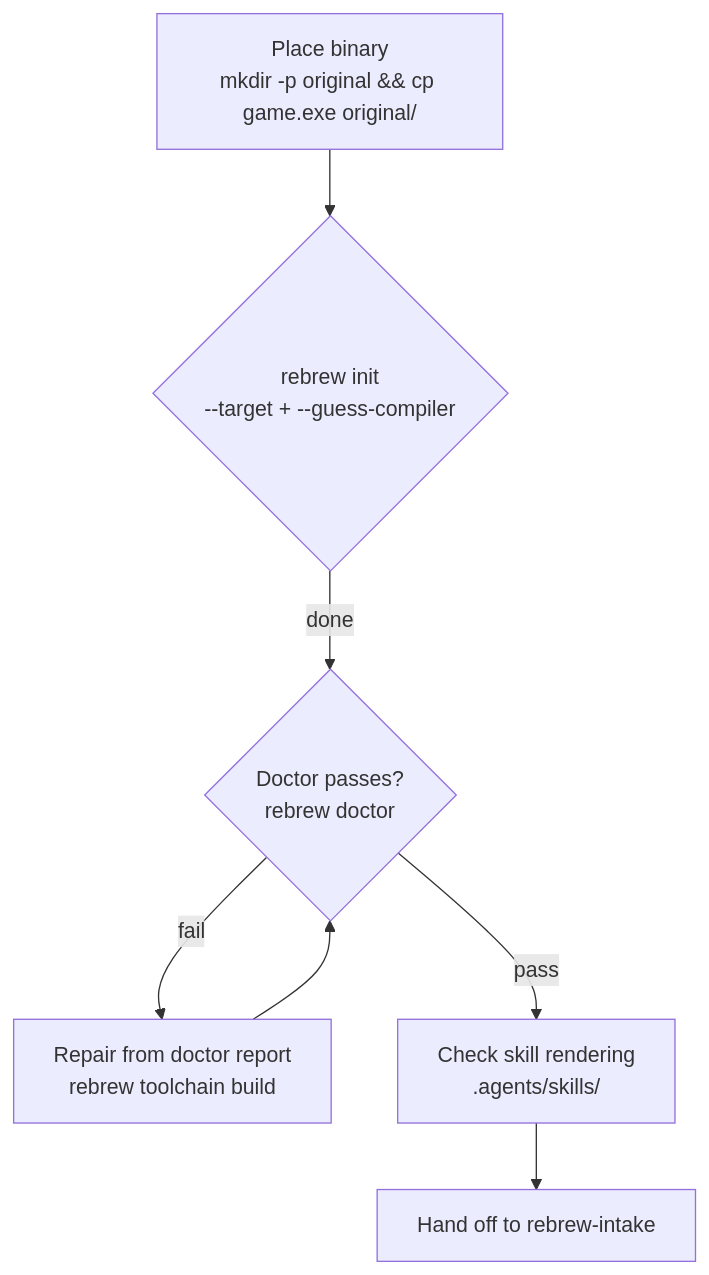
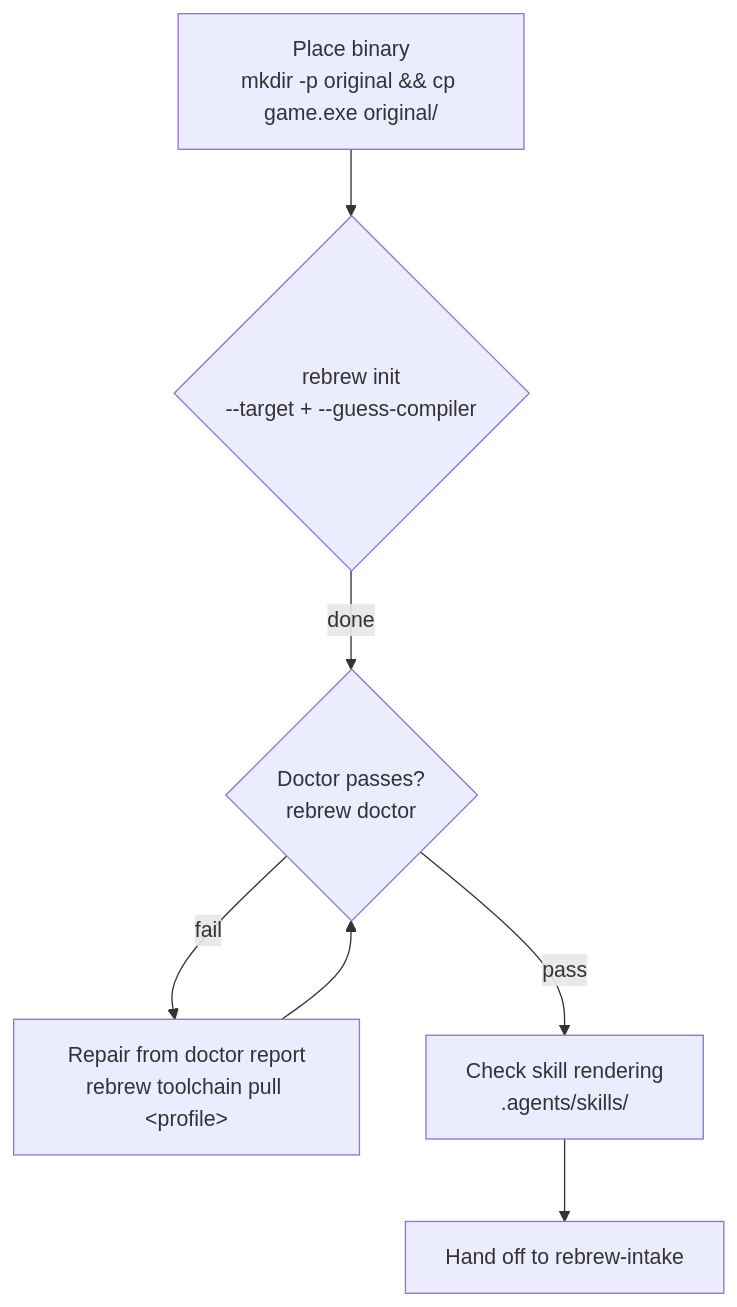
Before and after one commit to maci0/rebrew: the diagram in .agents/skills/rebrew-init/SKILL.md, drawn with Mermaid. The commit also changed other lines of this file and 5 other files, not shown here.

````diff
--- a/.agents/skills/rebrew-init/SKILL.md
+++ b/.agents/skills/rebrew-init/SKILL.md
@@ -15,9 +15,9 @@
 ```mermaid
 graph TD
     Place[Place binary<br/>mkdir -p original && cp game.exe original/] --> Init
     Init{rebrew init<br/>--target + --guess-compiler} -->|done| Doctor{Doctor passes?<br/>rebrew doctor}
-    Doctor -->|fail| Fix[Repair from doctor report<br/>rebrew toolchain build <profile>]
+    Doctor -->|fail| Fix[Repair from doctor report<br/>rebrew toolchain pull &lt;profile&gt;]
     Fix --> Doctor
     Doctor -->|pass| Skills[Check skill rendering<br/>.agents/skills/]
     Skills --> Handoff[Hand off to rebrew-intake]
 ```
````
